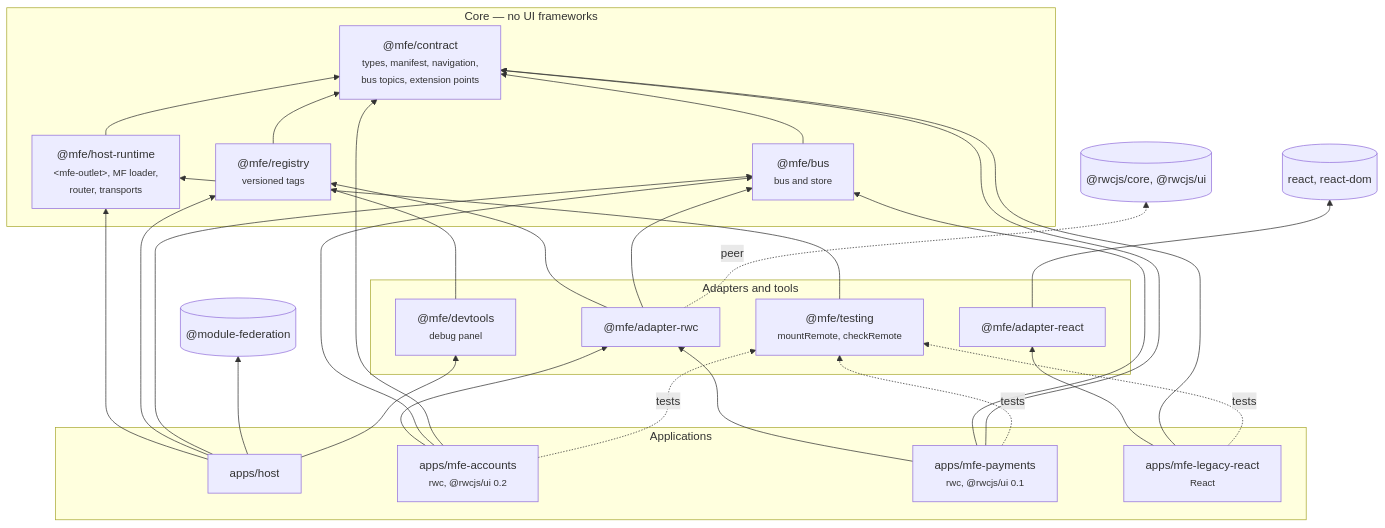
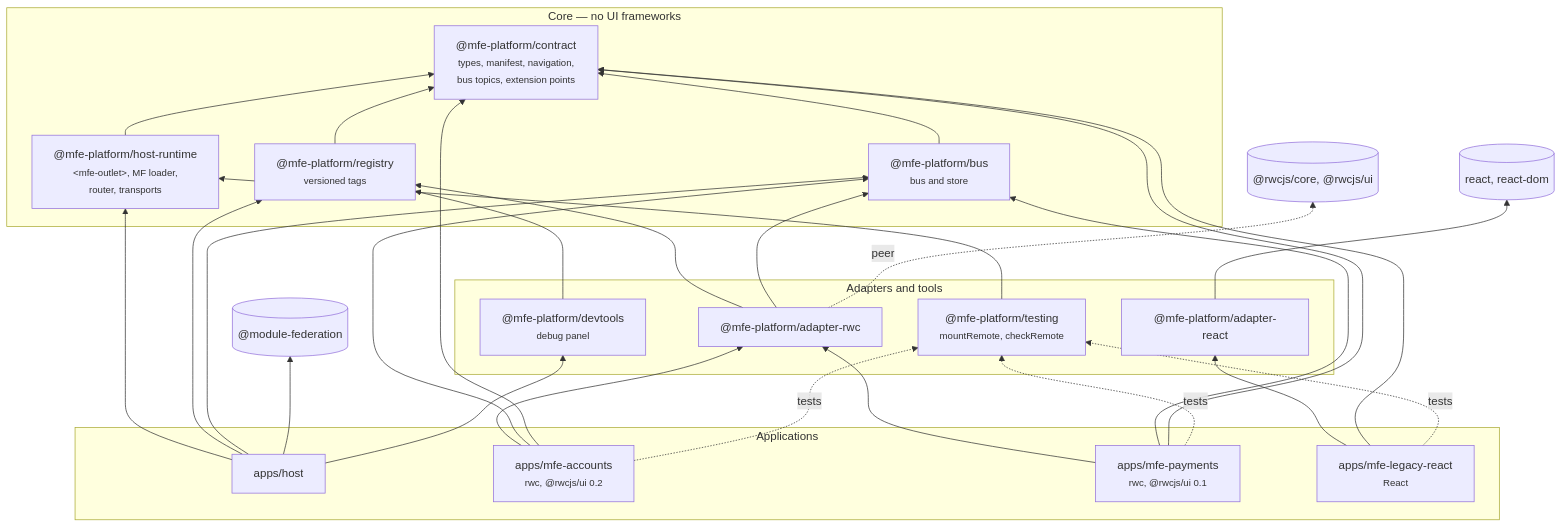
Before and after one commit to tamazyanarsen/mfe-platform: the first of 9 diagrams in docs/en/architecture.md, drawn with Mermaid. The commit also changed other lines of this file and 106 other files, not shown here.

First line of the commit message:
refactor: scope @mfe-platform, сборка ремоута — пакет @mfe-platform/rsbuild

````diff
--- a/docs/en/architecture.md
+++ b/docs/en/architecture.md
@@ -16,54 +16,54 @@
 ```mermaid
 flowchart BT
   subgraph core["Core — no UI frameworks"]
-    contract["@mfe/contract<br/><small>types, manifest, navigation,<br/>bus topics, extension points</small>"]
-    runtime["@mfe/host-runtime<br/><small>#lt;mfe-outlet#gt;, MF loader,<br/>router, transports</small>"]
-    registry["@mfe/registry<br/><small>versioned tags</small>"]
-    bus["@mfe/bus<br/><small>bus and store</small>"]
+    contract["@mfe-platform/contract<br/><small>types, manifest, navigation,<br/>bus topics, extension points</small>"]
+    runtime["@mfe-platform/host-runtime<br/><small>#lt;mfe-outlet#gt;, MF loader,<br/>router, transports</small>"]
+    registry["@mfe-platform/registry<br/><small>versioned tags</small>"]
+    bus["@mfe-platform/bus<br/><small>bus and store</small>"]
   end
 
   subgraph adapters["Adapters and tools"]
-    arwc["@mfe/adapter-rwc"]
-    areact["@mfe/adapter-react"]
-    testing["@mfe/testing<br/><small>mountRemote, checkRemote</small>"]
-    devtools["@mfe/devtools<br/><small>debug panel</small>"]
+    arwc["@mfe-platform/adapter-rwc"]
+    areact["@mfe-platform/adapter-react"]
+    testing["@mfe-platform/testing<br/><small>mountRemote, checkRemote</small>"]
+    devtools["@mfe-platform/devtools<br/><small>debug panel</small>"]
   end
 
   subgraph apps["Applications"]
     host["apps/host"]
     acc["apps/mfe-accounts<br/><small>rwc, @rwcjs/ui 0.2</small>"]
     pay["apps/mfe-payments<br/><small>rwc, @rwcjs/ui 0.1</small>"]
     leg["apps/mfe-legacy-react<br/><small>React</small>"]
   end
 
   rwc[("@rwcjs/core, @rwcjs/ui")]
   react[("react, react-dom")]
   mf[("@module-federation")]
 
   runtime --> contract
   registry --> contract
   bus --> contract
 
   arwc --> registry
   arwc --> bus
   arwc -. peer .-> rwc
   areact --> react
   testing --> runtime
   devtools --> registry
 
   host --> runtime
   host --> registry
   host --> bus
   host --> mf
   host --> devtools
 
   acc --> arwc
   acc --> bus
   acc --> contract
   pay --> arwc
   pay --> bus
   pay --> contract
   leg --> areact
   leg --> contract
   acc & pay & leg -. "tests" .-> testing
 ```
````
